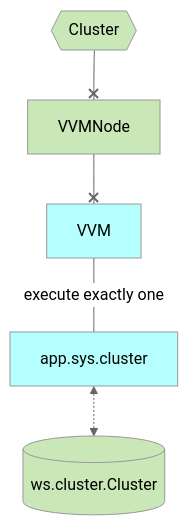
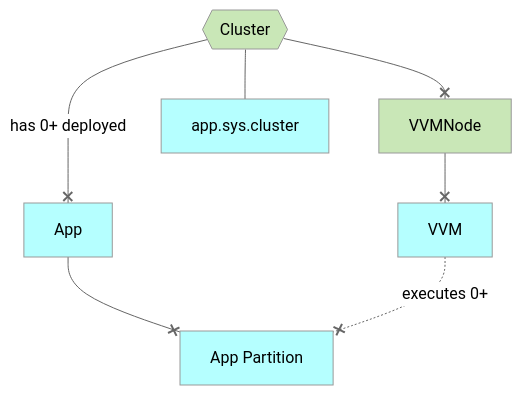
Before and after one commit to voedger/voedger-internals: the first of 4 diagrams in concepts/clusters/README.md, drawn with Mermaid (neutral theme).

````diff
--- a/concepts/clusters/README.md
+++ b/concepts/clusters/README.md
@@ -5,30 +5,33 @@
 ```mermaid
 flowchart TD
 
   %% Entities =================================
 
 
   Cluster{{Cluster}}:::H
+  App:::S
+  AppPart[App Partition]:::S
   VVMNode:::H
   
   app.sys.cluster[app.sys.cluster]:::S
-  ws.cluster.Сluster[(ws.cluster.Сluster)]:::H
-  
+    
   VVM:::S
 
 
   %% Relations =================================
 
+  Cluster --x |has 0+ deployed| App
   Cluster --x VVMNode
+
+  App --x AppPart
+
   VVMNode --x VVM
+  VVM -.-x |executes 0+| AppPart
 
-  VVM --- |execute exactly one| app.sys.cluster
-  app.sys.cluster <-.-> ws.cluster.Сluster
-  
-  
-
+  Cluster --- app.sys.cluster
+    
   classDef G fill:#FFFFFF,stroke:#000000, stroke-width:1px, stroke-dasharray: 5 5
   classDef B fill:#FFFFB5,color:#333
   classDef S fill:#B5FFFF
   classDef H fill:#C9E7B7
 ```
````
